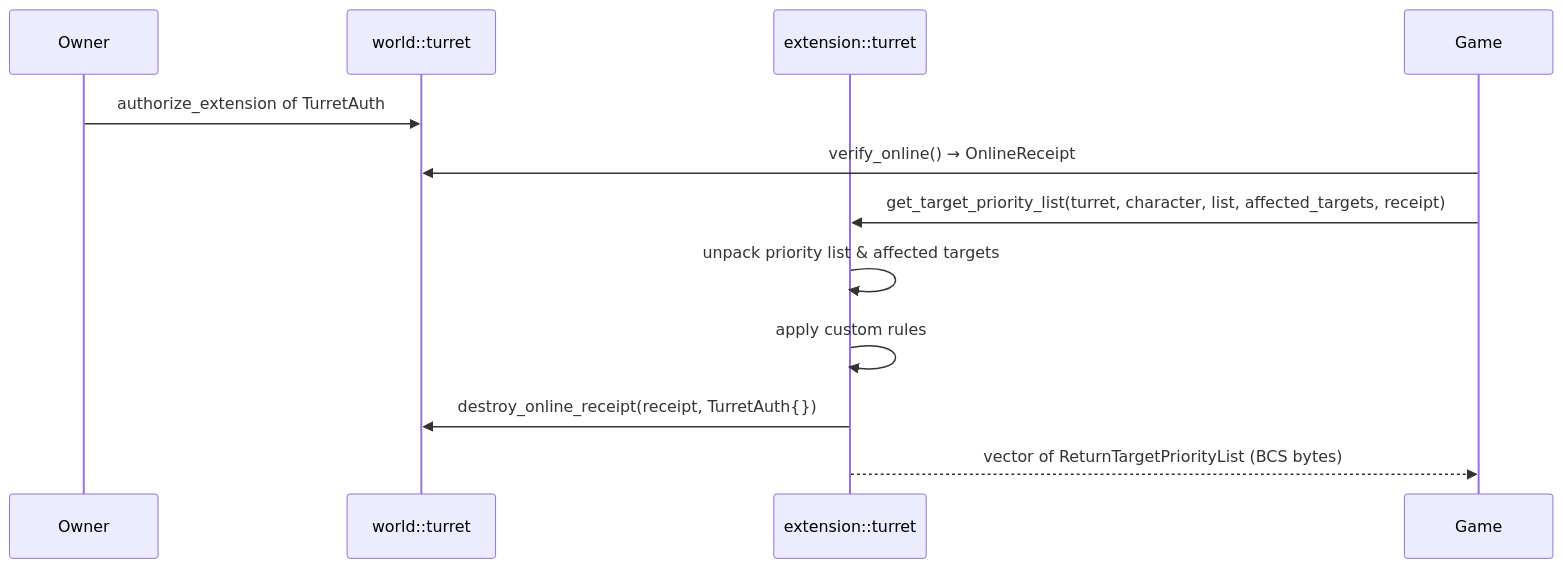
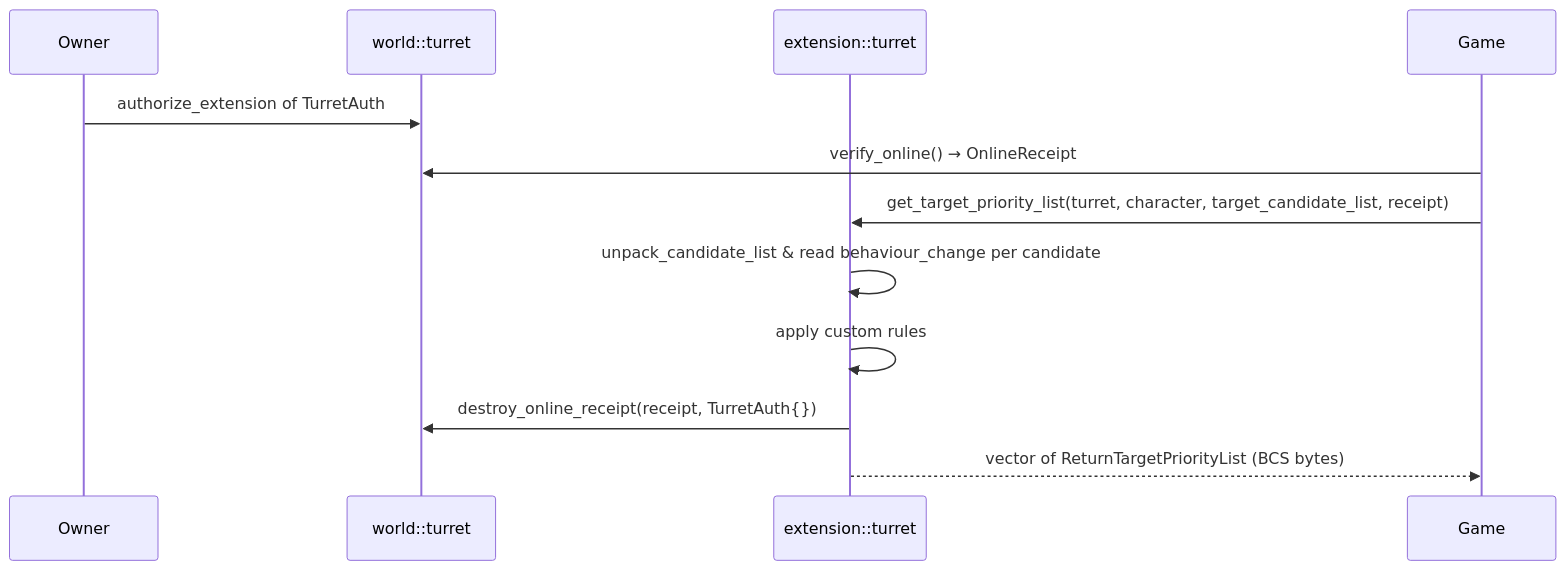
One commit to Scetrov/frontier.scetrov.live changed the diagram in content/develop/world-contracts/extension-examples/turret.move.md. Above: the diagram before and after it, drawn with Mermaid. The commit also changed other lines of this file and 7 other files, not shown here.

````diff
--- a/content/develop/world-contracts/extension-examples/turret.move.md
+++ b/content/develop/world-contracts/extension-examples/turret.move.md
@@ -32,15 +31,15 @@
 ```mermaid
 sequenceDiagram
     participant Owner
     participant Turret as world::turret
     participant Ext as extension::turret
     participant Game
 
     Owner->>Turret: authorize_extension of TurretAuth
     Game->>Turret: verify_online() → OnlineReceipt
-    Game->>Ext: get_target_priority_list(turret, character, list, affected_targets, receipt)
-    Ext->>Ext: unpack priority list & affected targets
+    Game->>Ext: get_target_priority_list(turret, character, target_candidate_list, receipt)
+    Ext->>Ext: unpack_candidate_list & read behaviour_change per candidate
     Ext->>Ext: apply custom rules
     Ext->>Turret: destroy_online_receipt(receipt, TurretAuth{})
     Ext-->>Game: vector of ReturnTargetPriorityList (BCS bytes)
 ```
````
